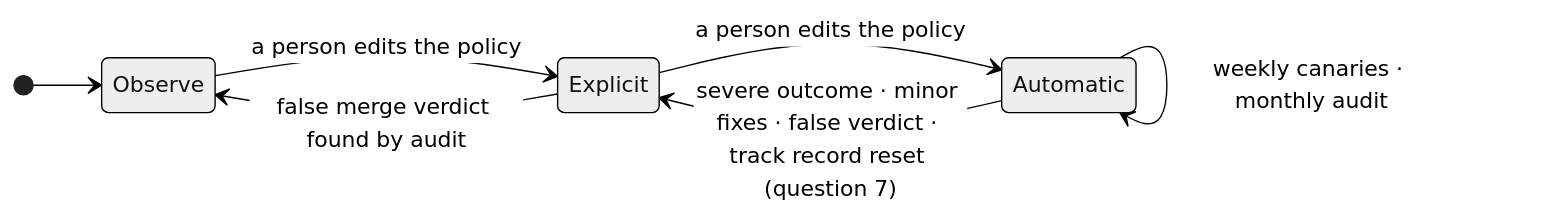
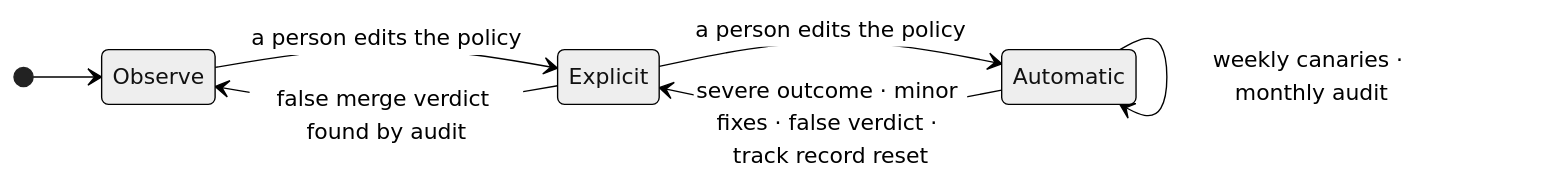
The second of 2 diagrams in docs/proposals/aisdlc-97-architecture-proposal.md (guyoron1/fullsend), drawn with Mermaid (neutral theme) before and after one commit. The commit also changed other lines of this file, not shown here.

````diff
--- a/docs/proposals/aisdlc-97-architecture-proposal.md
+++ b/docs/proposals/aisdlc-97-architecture-proposal.md
@@ -157,10 +157,10 @@
 ```mermaid
 stateDiagram-v2
   direction LR
   [*] --> Observe
   Observe --> Explicit: a person edits the policy
   Explicit --> Automatic: a person edits the policy
-  Automatic --> Explicit: severe outcome · minor fixes · false verdict · track record reset (question 7)
+  Automatic --> Explicit: severe outcome · minor fixes · false verdict · track record reset
   Explicit --> Observe: false merge verdict found by audit
   Automatic --> Automatic: weekly canaries · monthly audit
 ```
````
